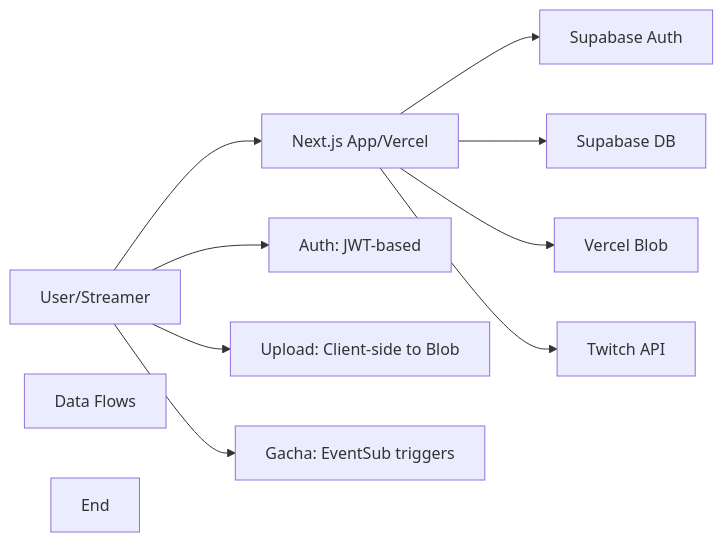
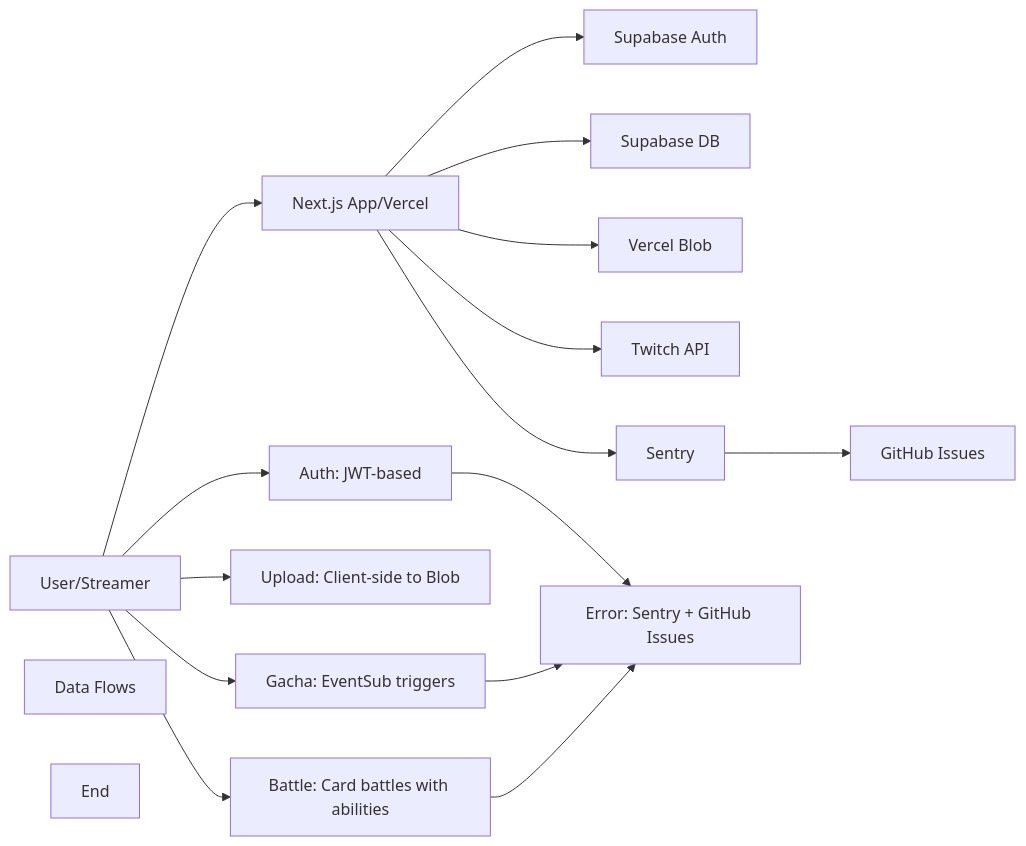
One commit to azumag/twica changed the diagram in README.md. Above: the diagram before and after it, drawn with Mermaid. The commit also changed other lines of this file and 29 other files, not shown here.

````diff
--- a/README.md
+++ b/README.md
@@ -18,18 +19,26 @@
 ```mermaid
 graph LR
     User[User/Streamer] --> NextJS[Next.js App/Vercel]
     NextJS --> SupabaseAuth[Supabase Auth]
     NextJS --> SupabaseDB[Supabase DB]
     NextJS --> VercelBlob[Vercel Blob]
     NextJS --> Twitch[Twitch API]
+    NextJS --> Sentry[Sentry]
+    Sentry --> GitHub[GitHub Issues]
 
     Subgraph[Data Flows]
     AuthFlow[Auth: JWT-based]
     UploadFlow[Upload: Client-side to Blob]
     GachaFlow[Gacha: EventSub triggers]
+    BattleFlow[Battle: Card battles with abilities]
+    ErrorTracking[Error: Sentry + GitHub Issues]
     End
 
     User --> AuthFlow
     User --> UploadFlow
     User --> GachaFlow
+    User --> BattleFlow
+    AuthFlow --> ErrorTracking
+    GachaFlow --> ErrorTracking
+    BattleFlow --> ErrorTracking
 ```
````
